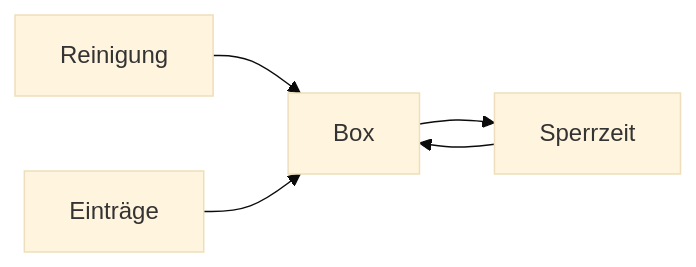
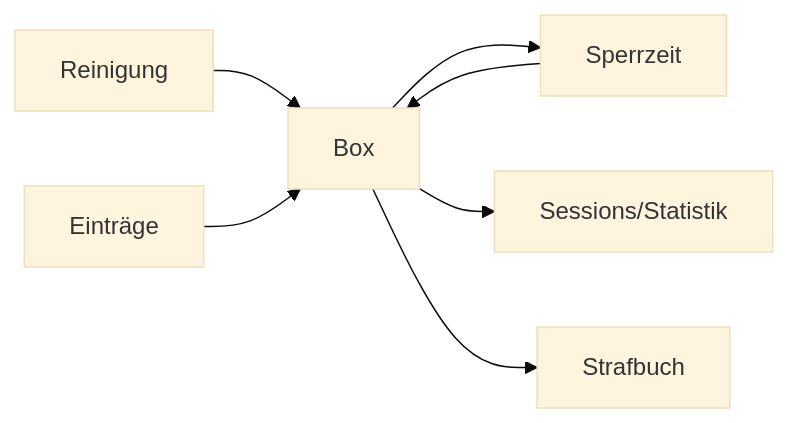
One commit to trublue-2/chastitytracker changed the tenth of 18 diagrams in docs/funktionsmodell/05-abhaengigkeiten.md. Above: the diagram before and after it, drawn with Mermaid (base theme). The commit also changed other lines of this file and 66 other files, not shown here.

````diff
--- a/docs/funktionsmodell/05-abhaengigkeiten.md
+++ b/docs/funktionsmodell/05-abhaengigkeiten.md
@@ -451,8 +460,10 @@
 ```mermaid
 flowchart LR
   nBox["Box"]
   nReinigung["Reinigung"] --> nBox
   nSperrzeit["Sperrzeit"] --> nBox
   nEintrge["Einträge"] --> nBox
   nBox --> nSperrzeit["Sperrzeit"]
+  nBox --> nSessionsStatistik["Sessions/Statistik"]
+  nBox --> nStrafbuch["Strafbuch"]
 ```
````
